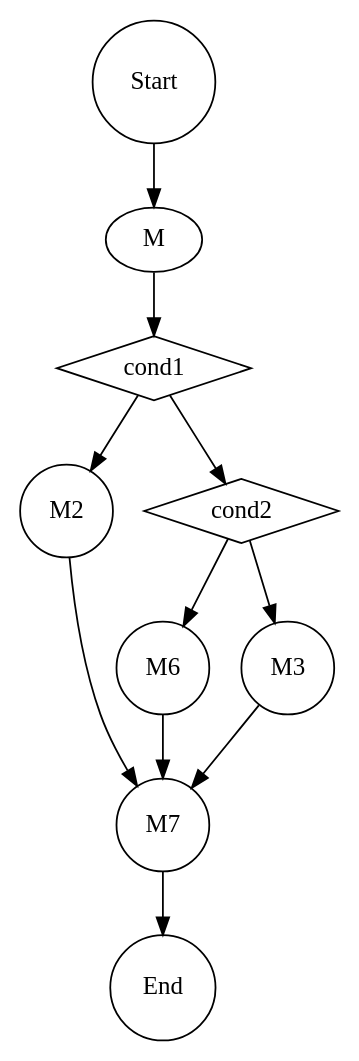
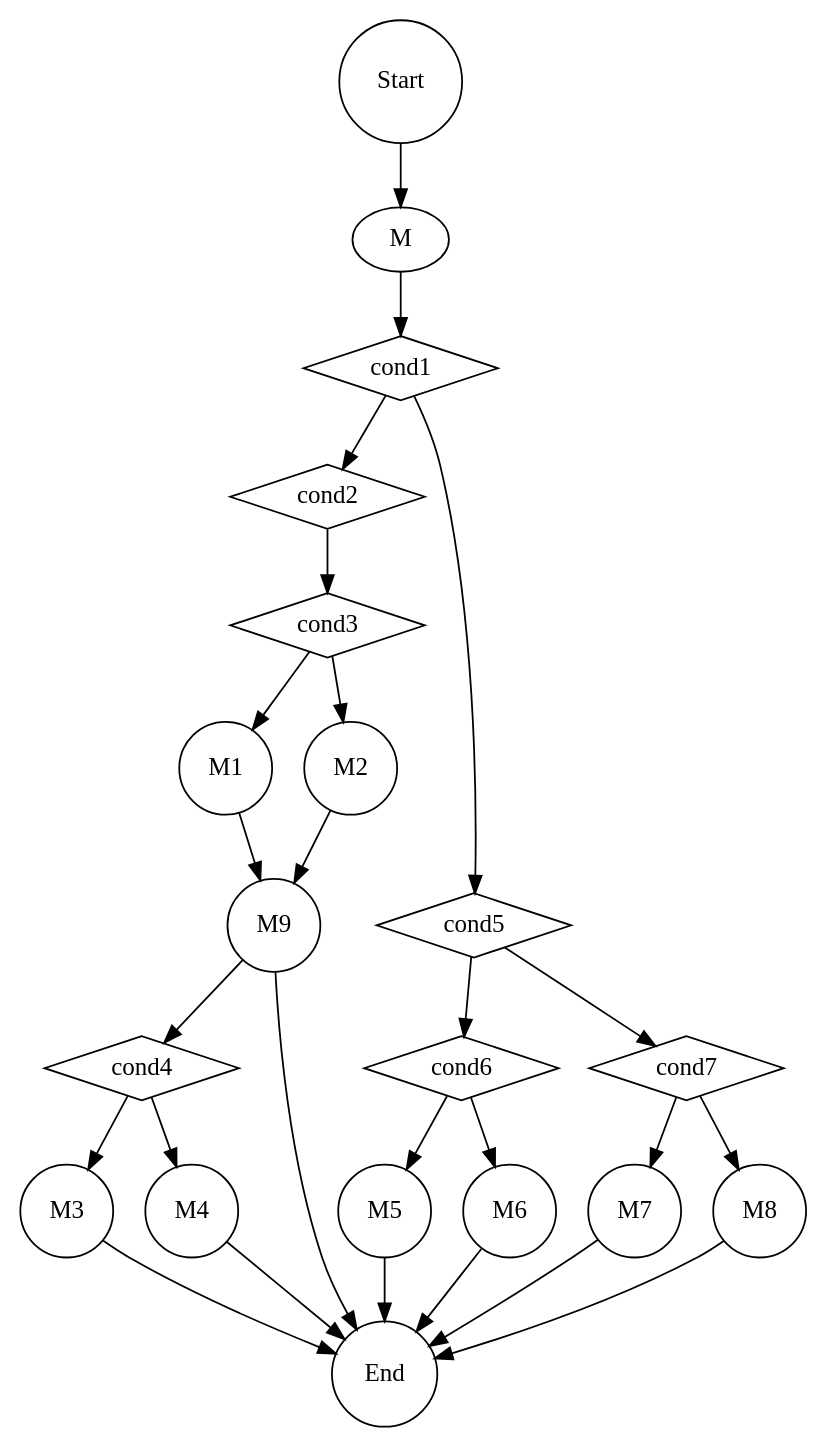
One commit to yonghun8343/FuncWatch changed the diagram in output.dot. Above: the diagram before and after it, drawn with Graphviz. The commit also changed 9 other files, not shown here.

```diff
--- a/output.dot
+++ b/output.dot
@@ -1,21 +1,46 @@
 strict digraph {
   Start [label=Start,shape=circle,type=EntryPoint]
   cond1 [label=cond1,shape=diamond,type=Condition]
+  cond2 [label=cond2,shape=diamond,type=Condition]
+  cond3 [label=cond3,shape=diamond,type=Condition]
+  M1 [label=M1,shape=circle,type=FunctionCall]
   M2 [label=M2,shape=circle,type=FunctionCall]
-  cond2 [label=cond2,shape=diamond,type=Condition]
+  M9 [label=M9,shape=circle,type=FunctionCall]
+  cond4 [label=cond4,shape=diamond,type=Condition]
+  M3 [label=M3,shape=circle,type=FunctionCall]
+  M4 [label=M4,shape=circle,type=FunctionCall]
+  cond5 [label=cond5,shape=diamond,type=Condition]
+  cond6 [label=cond6,shape=diamond,type=Condition]
+  M5 [label=M5,shape=circle,type=FunctionCall]
   M6 [label=M6,shape=circle,type=FunctionCall]
-  M3 [label=M3,shape=circle,type=FunctionCall]
+  cond7 [label=cond7,shape=diamond,type=Condition]
   M7 [label=M7,shape=circle,type=FunctionCall]
+  M8 [label=M8,shape=circle,type=FunctionCall]
   End [label=End,shape=circle,type=ExitPoint]
   M
   Start -> M [type=control]
   M -> cond1 [type=control]
   cond1 -> cond2 [type=control]
-  cond2 -> M6 [type=control]
-  cond2 -> M3 [type=control]
-  cond1 -> M2 [type=control]
-  M2 -> M7 [type=control]
-  M6 -> M7 [type=control]
-  M3 -> M7 [type=control]
+  cond2 -> cond3 [type=control]
+  cond3 -> M1 [type=control]
+  cond3 -> M2 [type=control]
+  M2 -> M9 [type=control]
+  M1 -> M9 [type=control]
+  M9 -> cond4 [type=control]
+  cond4 -> M3 [type=control]
+  cond4 -> M4 [type=control]
+  cond1 -> cond5 [type=control]
+  cond5 -> cond6 [type=control]
+  cond6 -> M5 [type=control]
+  cond6 -> M6 [type=control]
+  cond5 -> cond7 [type=control]
+  cond7 -> M7 [type=control]
+  cond7 -> M8 [type=control]
+  M3 -> End [type=control]
+  M4 -> End [type=control]
+  M9 -> End [type=control]
+  M5 -> End [type=control]
+  M6 -> End [type=control]
   M7 -> End [type=control]
+  M8 -> End [type=control]
 }
```
